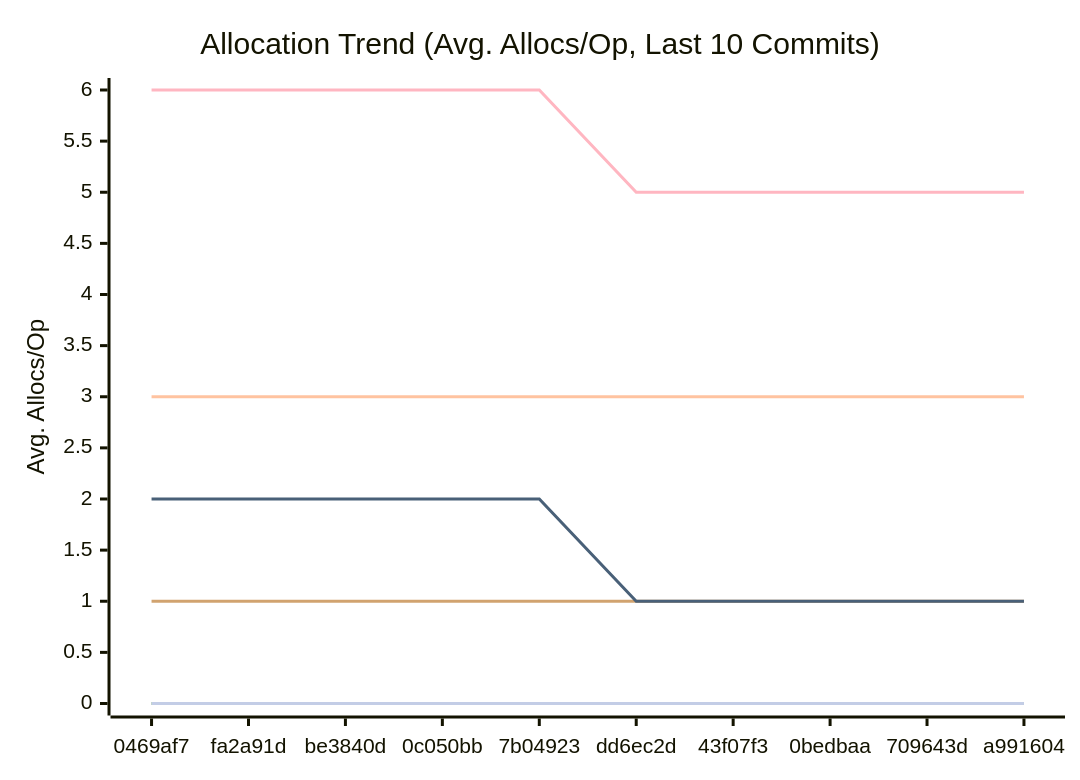
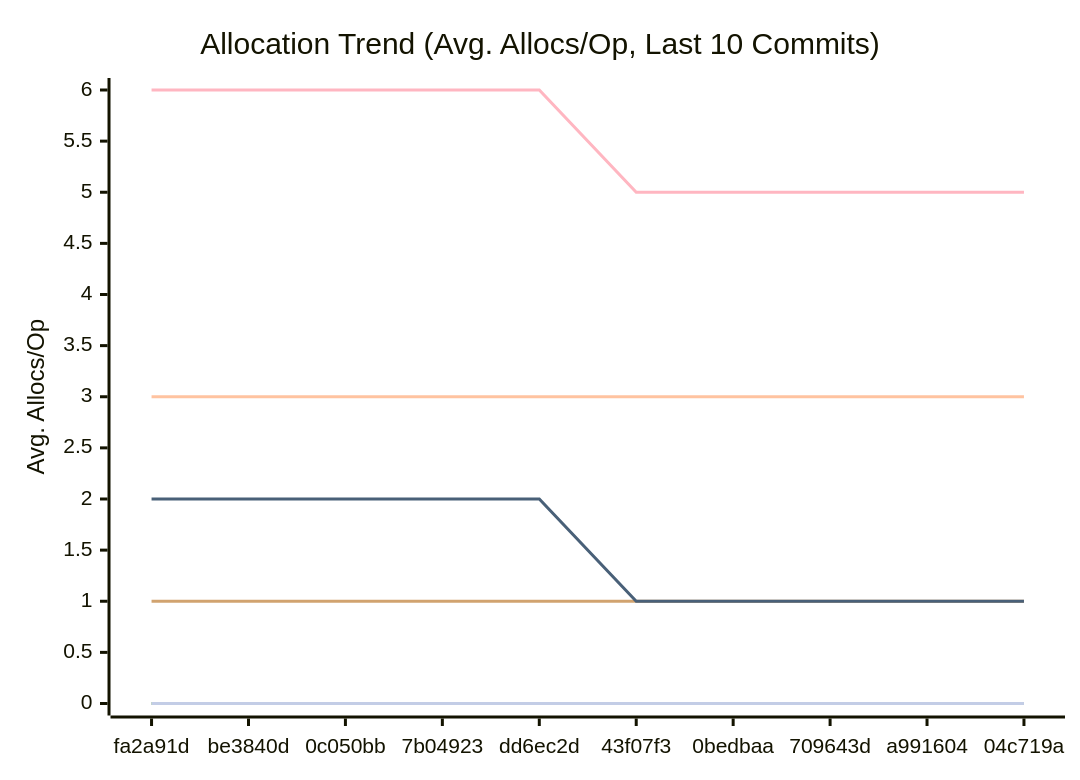
One commit to alsotoes/momo changed the third of 3 diagrams in docs/PERFORMANCE.md. Above: the diagram before and after it, drawn with Mermaid. The commit also changed other lines of this file and 3 other files, not shown here.

````diff
--- a/docs/PERFORMANCE.md
+++ b/docs/PERFORMANCE.md
@@ -114,16 +114,16 @@
 ```mermaid
 xychart-beta
     title "Allocation Trend (Avg. Allocs/Op, Last 10 Commits)"
     x-axis "Commit"
     y-axis "Avg. Allocs/Op"
-    x-axis [0469af7,fa2a91d,be3840d,0c050bb,7b04923,dd6ec2d,43f07f3,0bedbaa,709643d,a991604]
+    x-axis [fa2a91d,be3840d,0c050bb,7b04923,dd6ec2d,43f07f3,0bedbaa,709643d,a991604,04c719a]
     line "CheckMetricsAndSwap" [0,0,0,0,0,0,0,0,0,0]
     line "CrushOptimized" [0,0,0,0,0,0,0,0,0,0]
     line "CrushOriginal" [3,3,3,3,3,3,3,3,3,3]
     line "IndexDirectTracking" [0,0,0,0,0,0,0,0,0,0]
     line "IndexSearch" [0,0,0,0,0,0,0,0,0,0]
     line "LoadGlobalConfig" [1,1,1,1,1,1,1,1,1,1]
     line "PadString" [0,0,0,0,0,0,0,0,0,0]
     line "ParseReplicationOrder_NoPrealloc" [6,6,6,6,6,5,5,5,5,5]
     line "ParseReplicationOrder_Prealloc" [2,2,2,2,2,1,1,1,1,1]
 ```
````
